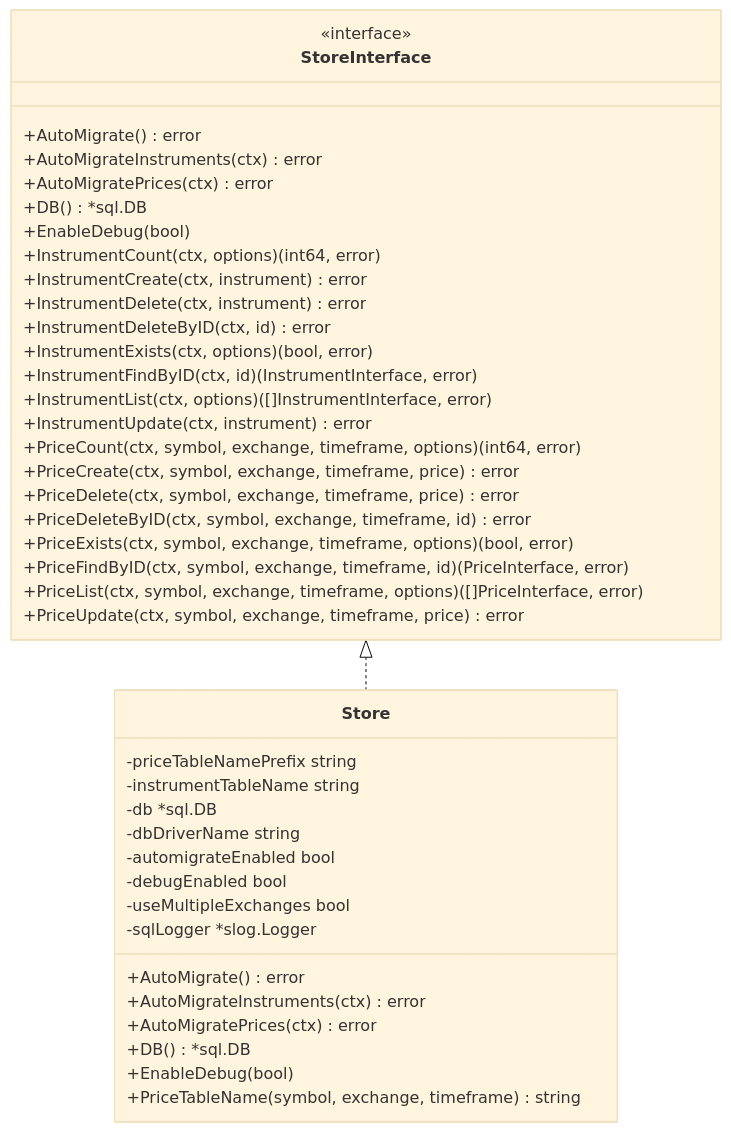
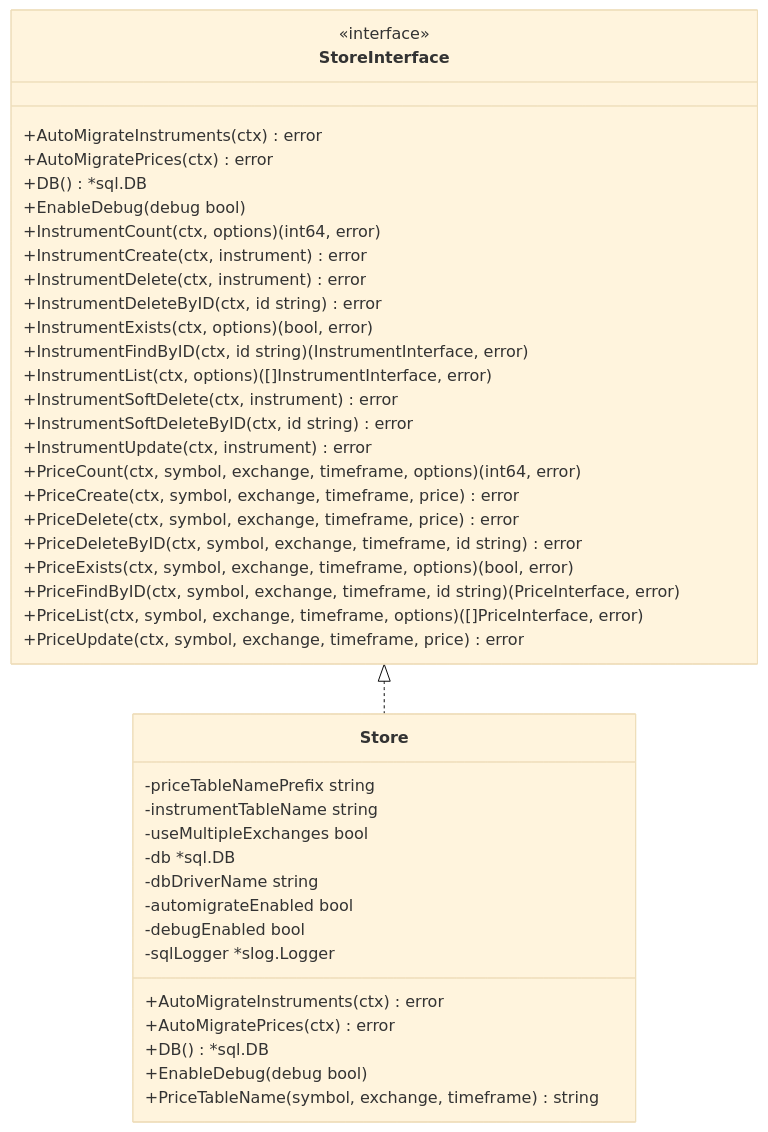
The first of 3 diagrams in README.md (dracory/tradingstore), drawn with Mermaid (base theme) before and after one commit. The commit also changed other lines of this file, not shown here.

Commit message:
Update interface documentation and add instrument name field

````diff
--- a/README.md
+++ b/README.md
@@ -155,46 +156,46 @@
 ```mermaid
 classDiagram
     class StoreInterface {
         <<interface>>
-        +AutoMigrate() error
         +AutoMigrateInstruments(ctx) error
         +AutoMigratePrices(ctx) error
         +DB() *sql.DB
-        +EnableDebug(bool)
+        +EnableDebug(debug bool)
         +InstrumentCount(ctx, options) (int64, error)
         +InstrumentCreate(ctx, instrument) error
         +InstrumentDelete(ctx, instrument) error
-        +InstrumentDeleteByID(ctx, id) error
+        +InstrumentDeleteByID(ctx, id string) error
         +InstrumentExists(ctx, options) (bool, error)
-        +InstrumentFindByID(ctx, id) (InstrumentInterface, error)
+        +InstrumentFindByID(ctx, id string) (InstrumentInterface, error)
         +InstrumentList(ctx, options) ([]InstrumentInterface, error)
+        +InstrumentSoftDelete(ctx, instrument) error
+        +InstrumentSoftDeleteByID(ctx, id string) error
         +InstrumentUpdate(ctx, instrument) error
         +PriceCount(ctx, symbol, exchange, timeframe, options) (int64, error)
         +PriceCreate(ctx, symbol, exchange, timeframe, price) error
         +PriceDelete(ctx, symbol, exchange, timeframe, price) error
-        +PriceDeleteByID(ctx, symbol, exchange, timeframe, id) error
+        +PriceDeleteByID(ctx, symbol, exchange, timeframe, id string) error
         +PriceExists(ctx, symbol, exchange, timeframe, options) (bool, error)
-        +PriceFindByID(ctx, symbol, exchange, timeframe, id) (PriceInterface, error)
+        +PriceFindByID(ctx, symbol, exchange, timeframe, id string) (PriceInterface, error)
         +PriceList(ctx, symbol, exchange, timeframe, options) ([]PriceInterface, error)
         +PriceUpdate(ctx, symbol, exchange, timeframe, price) error
     }
 
     class Store {
         -priceTableNamePrefix string
         -instrumentTableName string
+        -useMultipleExchanges bool
         -db *sql.DB
         -dbDriverName string
         -automigrateEnabled bool
         -debugEnabled bool
-        -useMultipleExchanges bool
         -sqlLogger *slog.Logger
-        +AutoMigrate() error
         +AutoMigrateInstruments(ctx) error
         +AutoMigratePrices(ctx) error
         +DB() *sql.DB
-        +EnableDebug(bool)
+        +EnableDebug(debug bool)
         +PriceTableName(symbol, exchange, timeframe) string
     }
 
     StoreInterface <|.. Store
 ```
````
